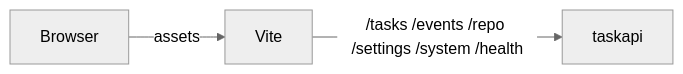
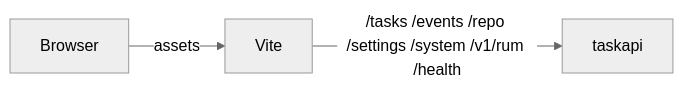
One commit to AlexsanderHamir/T2A changed the second of 3 diagrams in docs/WEB.md. Above: the diagram before and after it, drawn with Mermaid (neutral theme). The commit also changed other lines of this file and 16 other files, not shown here.

````diff
--- a/docs/WEB.md
+++ b/docs/WEB.md
@@ -58,8 +58,8 @@
 ```mermaid
 flowchart LR
   B[Browser]
   V[Vite]
   T[taskapi]
   B -->|assets| V
-  V -->|/tasks /events /repo /settings /system /health| T
+  V -->|/tasks /events /repo /settings /system /v1/rum /health| T
 ```
````
